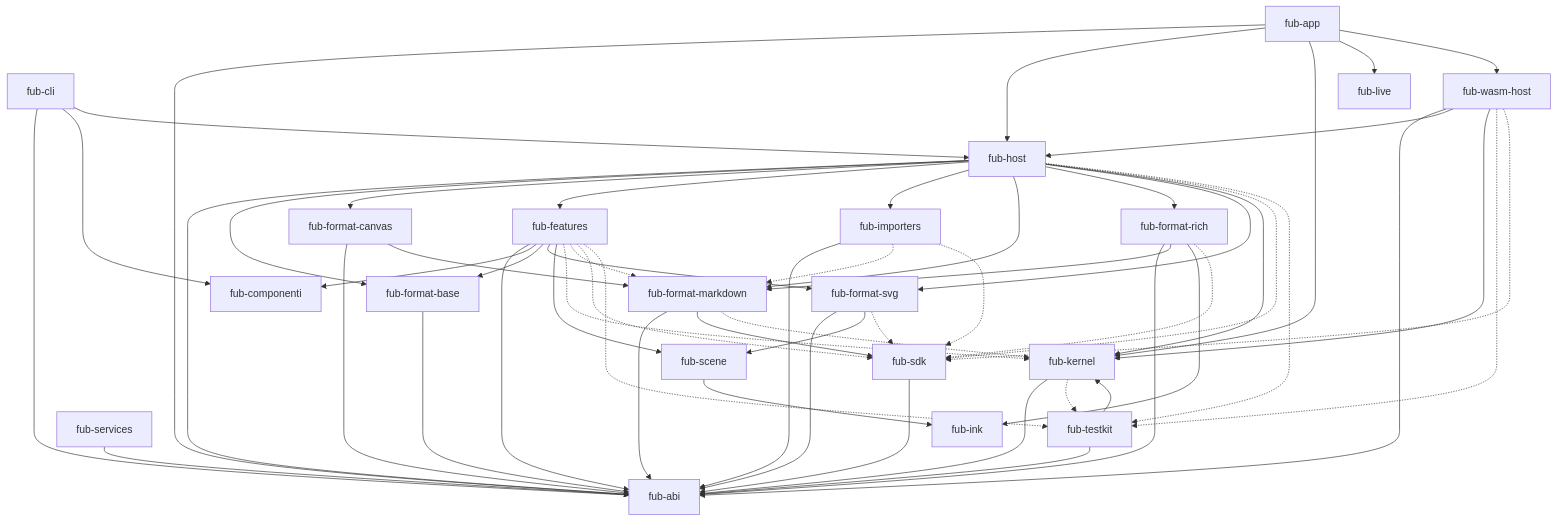
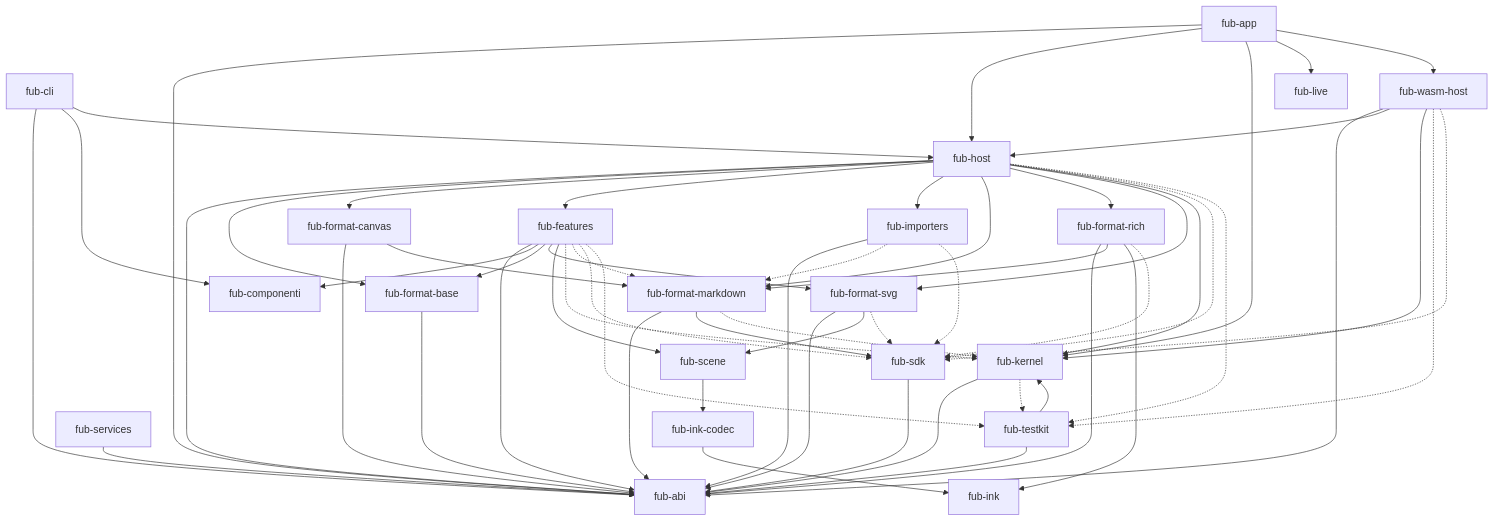
One commit to Fubeo/Fub changed the first of 5 diagrams in docs/architecture/overview.md. Above: the diagram before and after it, drawn with Mermaid. The commit also changed other lines of this file and 3 other files, not shown here.

Commit message:
docs(ink-codec): il crate nuovo nel diagramma, nella mappa e nella 0204

```diff
--- a/docs/architecture/overview.md
+++ b/docs/architecture/overview.md
@@ -40,6 +40,7 @@
     svg["fub-format-svg"]
     scene["fub-scene"]
     ink["fub-ink"]
+    inkcodec["fub-ink-codec"]
     componenti["fub-componenti"]
     rich["fub-format-rich"]
     importers["fub-importers"]
@@ -86,7 +87,8 @@
     markdown --> sdk
     svg --> abi
     svg --> scene
-    scene --> ink
+    scene --> inkcodec
+    inkcodec --> ink
     wasmhost --> abi
     wasmhost --> host
     wasmhost --> kernel
```
